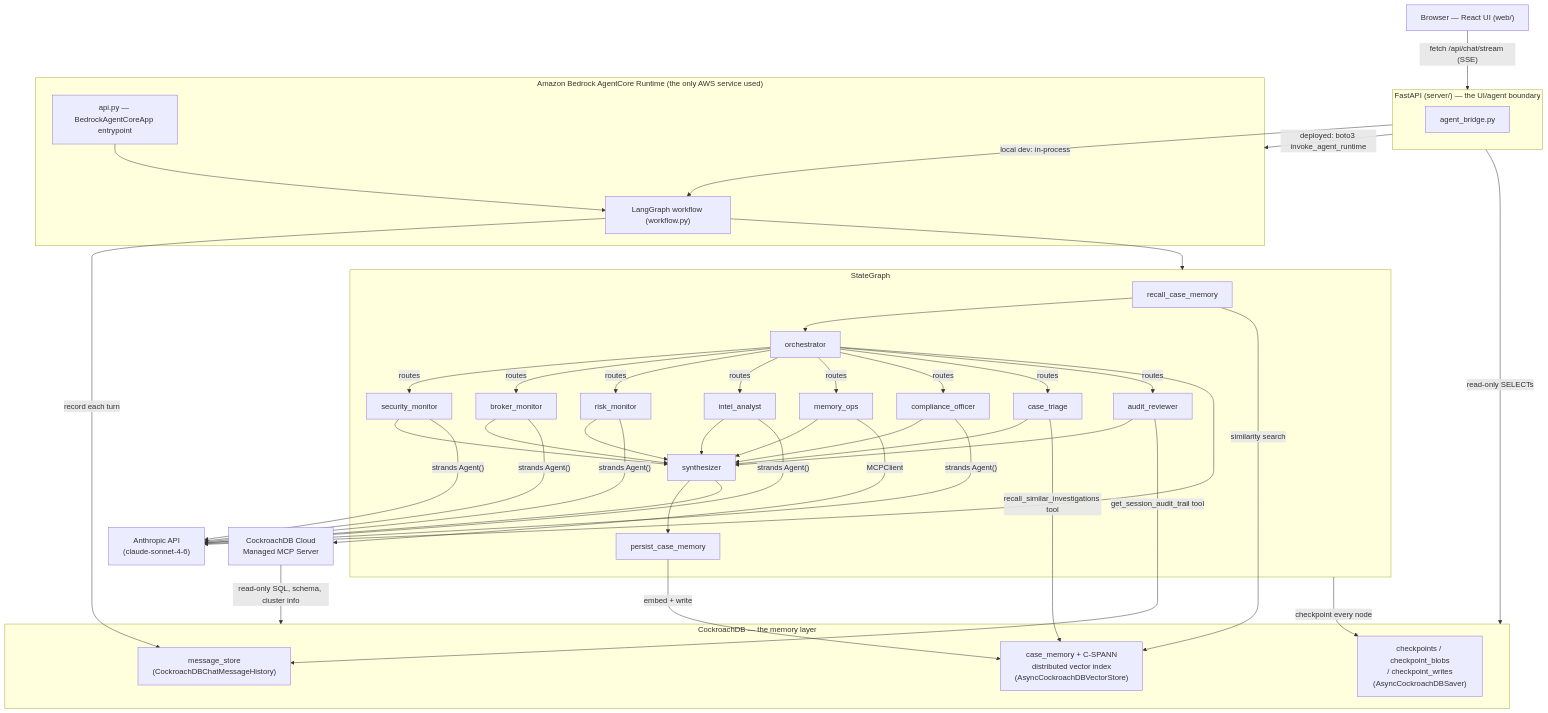
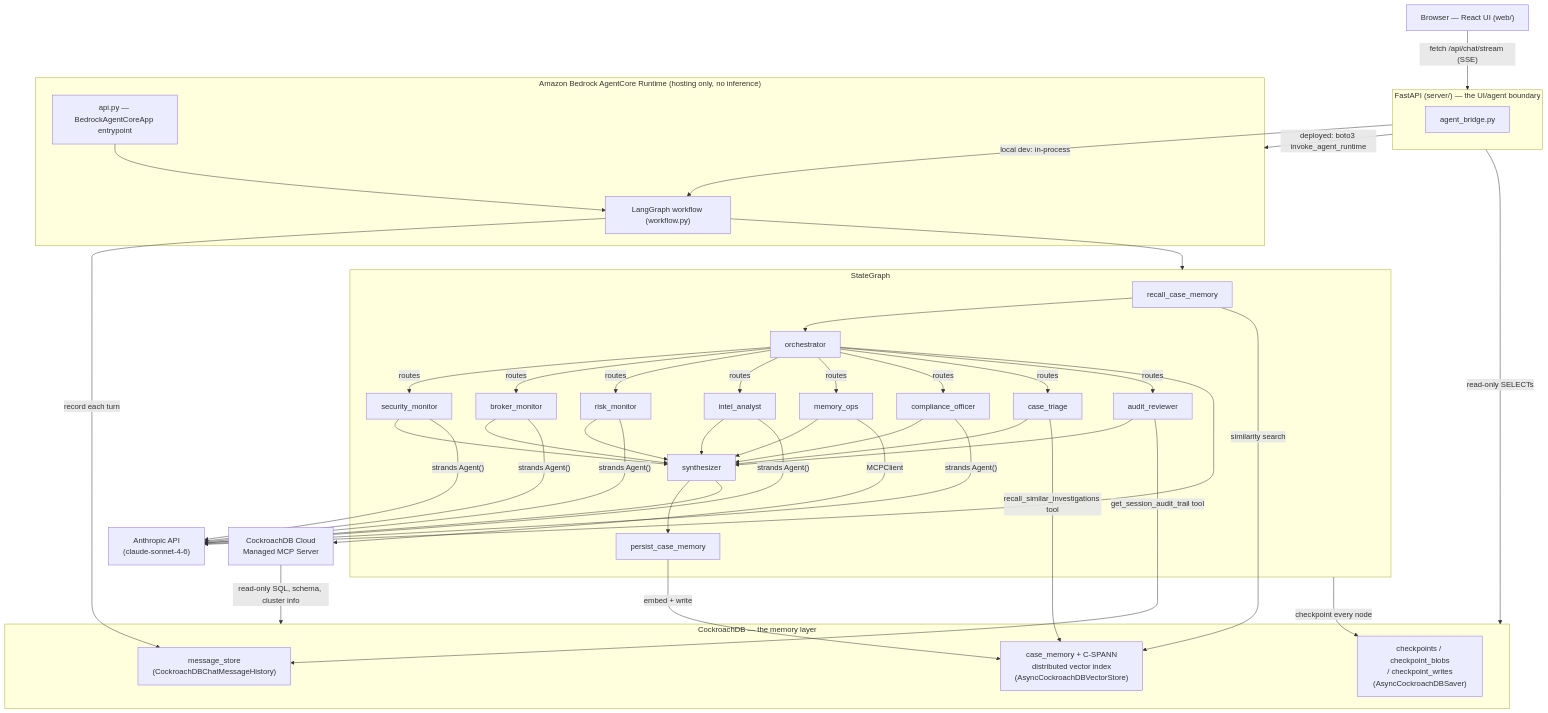
Before and after one commit to akashtalole/MemoryMesh-Agents: the diagram in README.md, drawn with Mermaid. The commit also changed other lines of this file and 1 other file, not shown here.

First line of the commit message:
Correct AWS services used claims and add ECS web-hosting section to docs

````diff
--- a/README.md
+++ b/README.md
@@ -58,53 +60,53 @@
 ```mermaid
 flowchart TB
     U["Browser — React UI (web/)"] -->|"fetch /api/chat/stream (SSE)"| FAPI
 
     subgraph FAPI["FastAPI (server/) — the UI/agent boundary"]
         BR["agent_bridge.py"]
     end
 
     FAPI -->|"local dev: in-process"| WF
     FAPI -->|"deployed: boto3 invoke_agent_runtime"| AC
     FAPI -->|"read-only SELECTs"| CRDB
 
-    subgraph AC["Amazon Bedrock AgentCore Runtime (the only AWS service used)"]
+    subgraph AC["Amazon Bedrock AgentCore Runtime (hosting only, no inference)"]
         API["api.py — BedrockAgentCoreApp entrypoint"]
         WF["LangGraph workflow (workflow.py)"]
         API --> WF
     end
 
     subgraph GRAPH["StateGraph"]
         R["recall_case_memory"] --> O["orchestrator"]
         O -->|routes| S1["security_monitor"]
         O -->|routes| S2["broker_monitor"]
         O -->|routes| S3["risk_monitor"]
         O -->|routes| S4["intel_analyst"]
         O -->|routes| S5["memory_ops"]
         O -->|routes| S6["compliance_officer"]
         O -->|routes| S7["case_triage"]
         O -->|routes| S8["audit_reviewer"]
         S1 & S2 & S3 & S4 & S5 & S6 & S7 & S8 --> SYN["synthesizer"]
         SYN --> P["persist_case_memory"]
     end
 
     WF --> GRAPH
 
     S1 & S2 & S3 & S4 & S6 -->|"strands Agent()"| ANTH["Anthropic API\n(claude-sonnet-4-6)"]
     O --> ANTH
     SYN --> ANTH
     S5 -->|"MCPClient"| MCP["CockroachDB Cloud\nManaged MCP Server"]
     S7 -->|"recall_similar_investigations tool"| CASE
     S8 -->|"get_session_audit_trail tool"| HIST
 
     subgraph CRDB["CockroachDB — the memory layer"]
         CKPT["checkpoints / checkpoint_blobs\n/ checkpoint_writes\n(AsyncCockroachDBSaver)"]
         HIST["message_store\n(CockroachDBChatMessageHistory)"]
         CASE["case_memory + C-SPANN\ndistributed vector index\n(AsyncCockroachDBVectorStore)"]
     end
 
     GRAPH -->|checkpoint every node| CKPT
     P -->|embed + write| CASE
     R -->|similarity search| CASE
     WF -->|record each turn| HIST
     MCP -->|read-only SQL, schema, cluster info| CRDB
 ```
````
